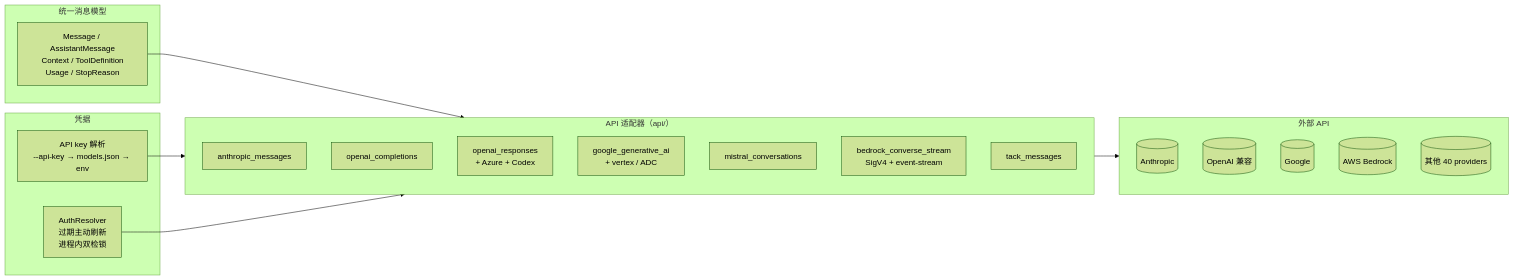
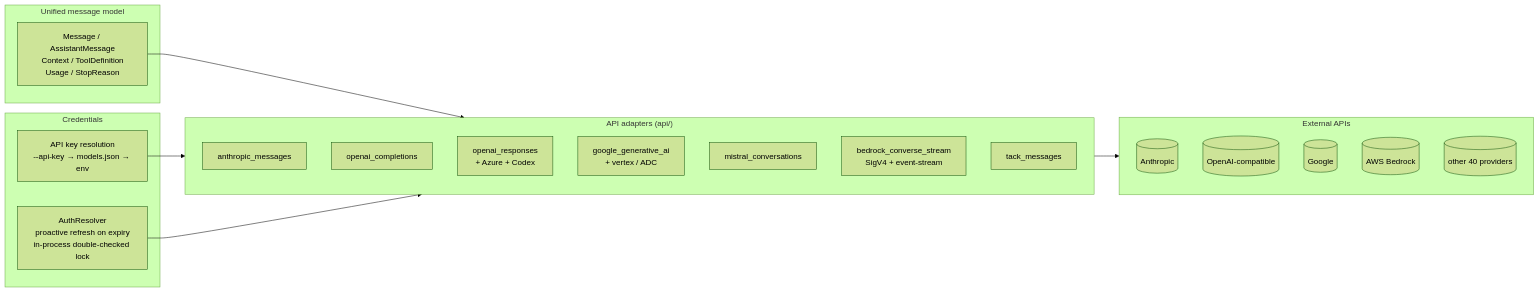
Before and after one commit to Tack-AI/tack: the fourth of 11 diagrams in docs/architecture.md, drawn with Mermaid (forest theme). The commit also changed other lines of this file and 46 other files, not shown here.

````diff
--- a/docs/architecture.md
+++ b/docs/architecture.md
@@ -144,34 +153,34 @@
 ```mermaid
 flowchart LR
-    subgraph Unified["统一消息模型"]
+    subgraph Unified["Unified message model"]
         M[Message / AssistantMessage<br/>Context / ToolDefinition<br/>Usage / StopReason]
     end
 
-    subgraph Adapters["API 适配器（api/）"]
+    subgraph Adapters["API adapters (api/)"]
         AM[anthropic_messages]
         OC[openai_completions]
         ORS[openai_responses<br/>+ Azure + Codex]
         GG[google_generative_ai<br/>+ vertex / ADC]
         MI[mistral_conversations]
         BD[bedrock_converse_stream<br/>SigV4 + event-stream]
         PM[tack_messages]
     end
 
-    subgraph Ext["外部 API"]
+    subgraph Ext["External APIs"]
         E1[(Anthropic)]
-        E2[(OpenAI 兼容)]
+        E2[(OpenAI-compatible)]
         E3[(Google)]
         E4[(AWS Bedrock)]
-        E5[(其他 40 providers)]
+        E5[(other 40 providers)]
     end
 
-    subgraph Auth["凭据"]
-        AK[API key 解析<br/>--api-key → models.json → env]
-        OA[AuthResolver<br/>过期主动刷新<br/>进程内双检锁]
+    subgraph Auth["Credentials"]
+        AK[API key resolution<br/>--api-key → models.json → env]
+        OA[AuthResolver<br/>proactive refresh on expiry<br/>in-process double-checked lock]
     end
 
     M --> Adapters
     Adapters --> Ext
     AK --> Adapters
     OA --> Adapters
 ```
````
